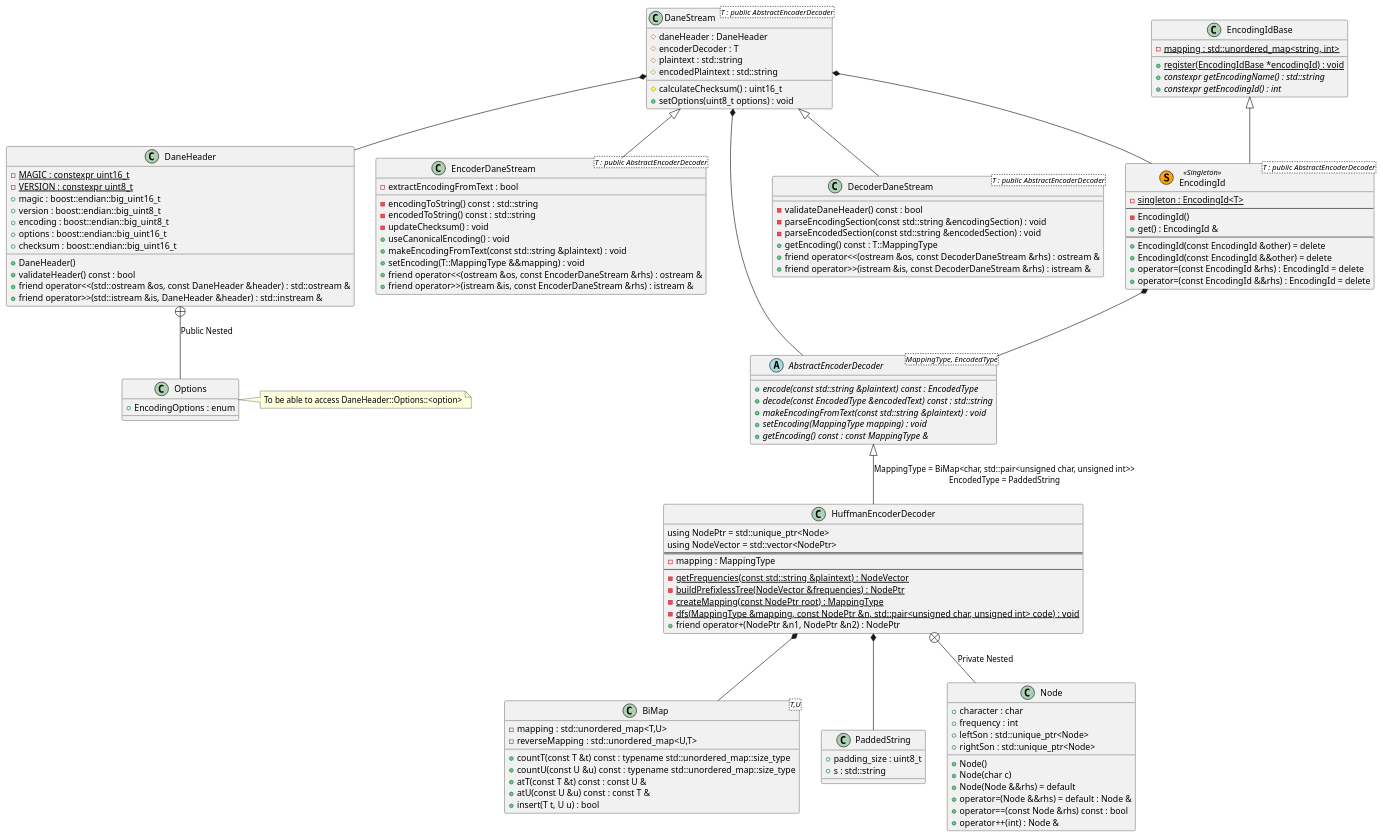
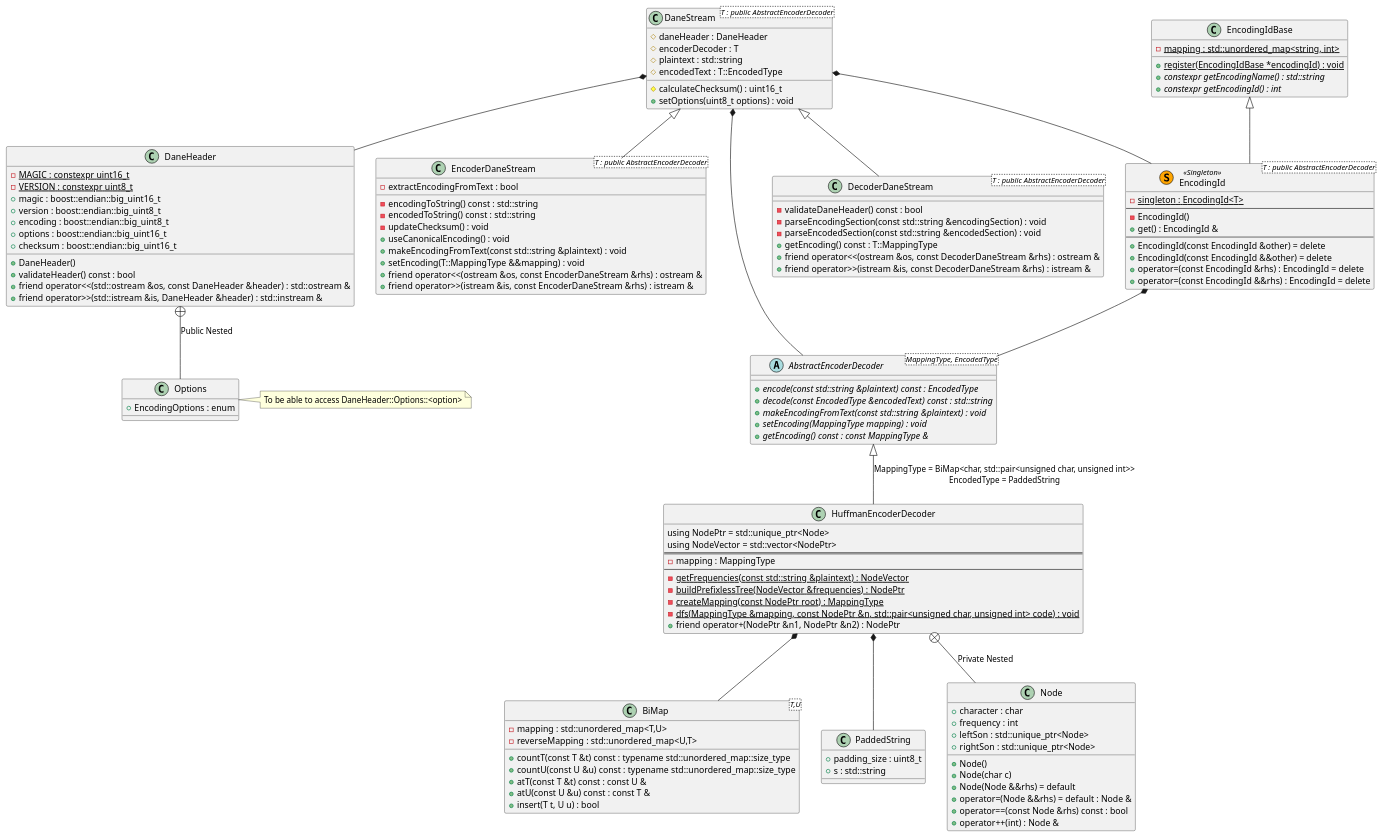
The diagram in docs/design.puml (dan1994/cpp--dane), drawn with PlantUML before and after one commit. The commit also changed 1 other file, not shown here.

```diff
--- a/docs/design.puml
+++ b/docs/design.puml
@@ -1,134 +1,134 @@
 @startuml dane
 class BiMap<T,U> {
 	- {field}	mapping : std::unordered_map<T,U>
 	- {field}	reverseMapping : std::unordered_map<U,T>
 	+ {method}	countT(const T &t) const : typename std::unordered_map::size_type
 	+ {method}	countU(const U &u) const : typename std::unordered_map::size_type
 	+ {method}	atT(const T &t) const : const U &
 	+ {method}	atU(const U &u) const : const T &
 	+ {method}	insert(T t, U u) : bool
 }
 
 class PaddedString {
 	+ {field}	padding_size : uint8_t
 	+ {field}	s : std::string
 }
 
 abstract class AbstractEncoderDecoder<MappingType, EncodedType> {
 	+ {method}	{abstract} encode(const std::string &plaintext) const : EncodedType
 	+ {method}	{abstract} decode(const EncodedType &encodedText) const : std::string
 	+ {method}	{abstract} makeEncodingFromText(const std::string &plaintext) : void
 	+ {method}	{abstract} setEncoding(MappingType mapping) : void
 	+ {method}	{abstract} getEncoding() const : const MappingType &
 }
 
 AbstractEncoderDecoder <|-- HuffmanEncoderDecoder : \
 MappingType = BiMap<char, std::pair<unsigned char, unsigned int>>\n\
 EncodedType = PaddedString
 HuffmanEncoderDecoder *-- BiMap
 HuffmanEncoderDecoder *-- PaddedString
 HuffmanEncoderDecoder +-- Node : "Private Nested"
 class HuffmanEncoderDecoder {
 	using NodePtr = std::unique_ptr<Node>
 	using NodeVector = std::vector<NodePtr>
 	==
 	- {field}	mapping : MappingType
 	--
 	- {method}	{static} getFrequencies(const std::string &plaintext) : NodeVector
 	- {method}	{static} buildPrefixlessTree(NodeVector &frequencies) : NodePtr
 	- {method}	{static} createMapping(const NodePtr root) : MappingType
 	- {method}	{static} dfs(MappingType &mapping, const NodePtr &n, \
 std::pair<unsigned char, unsigned int> code) : void
 	+ {method}	friend operator+(NodePtr &n1, NodePtr &n2) : NodePtr
 }
 
 class Node {
 	+ {field}	character : char
 	+ {field}	frequency : int
 	+ {field}	leftSon : std::unique_ptr<Node>
 	+ {field}	rightSon : std::unique_ptr<Node>
 	+ {method}	Node()
 	+ {method}	Node(char c)
 	+ {method}	Node(Node &&rhs) = default
 	+ {method}	operator=(Node &&rhs) = default : Node &
 	+ {method}	operator==(const Node &rhs) const : bool
 	+ {method}	operator++(int) : Node &
 }
 
 DaneStream *-- DaneHeader
 class DaneHeader {
 	- {field}	{static} MAGIC : constexpr uint16_t
 	- {field}	{static} VERSION : constexpr uint8_t
 	+ {field}	magic : boost::endian::big_uint16_t
 	+ {field}	version : boost::endian::big_uint8_t
 	+ {field}	encoding : boost::endian::big_uint8_t
 	+ {field}	options : boost::endian::big_uint16_t
 	+ {field}	checksum : boost::endian::big_uint16_t
 	+ {method}	DaneHeader()
 	+ {method}	validateHeader() const : bool
 	+ {method}	friend operator<<(std::ostream &os, const DaneHeader &header) : std::ostream &
 	+ {method}	friend operator>>(std::istream &is, DaneHeader &header) : std::instream &
 }
 
 DaneHeader +-- Options : Public Nested
 note right of Options : To be able to access DaneHeader::Options::<option>
 class Options {
 	+ {field}	EncodingOptions : enum
 }
 
 DaneStream *-- AbstractEncoderDecoder
 DaneStream *-- EncodingId
 class DaneStream<T : public AbstractEncoderDecoder> {
 	# {field}	daneHeader : DaneHeader
 	# {field}	encoderDecoder : T
 	# {field}	plaintext : std::string
-	# {field}	encodedPlaintext : std::string
+	# {field}	encodedText : T::EncodedType
 	# {method}	calculateChecksum() : uint16_t
 	+ {method}	setOptions(uint8_t options) : void
 }
 
 DaneStream <|-- EncoderDaneStream
 class EncoderDaneStream<T : public AbstractEncoderDecoder> {
 	- {field}	extractEncodingFromText : bool
 	- {method}	encodingToString() const : std::string
 	- {method}	encodedToString() const : std::string
 	- {method}	updateChecksum() : void
 	+ {method}	useCanonicalEncoding() : void
 	+ {method}	makeEncodingFromText(const std::string &plaintext) : void
 	+ {method}	setEncoding(T::MappingType &&mapping) : void
 	+ {method}	friend operator<<(ostream &os, const EncoderDaneStream &rhs) : ostream &
 	+ {method}	friend operator>>(istream &is, const EncoderDaneStream &rhs) : istream &
 }
 
 DaneStream <|-- DecoderDaneStream
 class DecoderDaneStream<T : public AbstractEncoderDecoder> {
 	- {method}	validateDaneHeader() const : bool
 	- {method}	parseEncodingSection(const std::string &encodingSection) : void
 	- {method}	parseEncodedSection(const std::string &encodedSection) : void
 	+ {method}	getEncoding() const : T::MappingType
 	+ {method}	friend operator<<(ostream &os, const DecoderDaneStream &rhs) : ostream &
 	+ {method}	friend operator>>(istream &is, const DecoderDaneStream &rhs) : istream &
 }
 
 class EncodingIdBase {
 	- {field}	{static} mapping : std::unordered_map<string, int>
 	+ {method}	{static} register(EncodingIdBase *encodingId) : void
 	+ {method}	{abstract} constexpr getEncodingName() : std::string
 	+ {method}	{abstract} constexpr getEncodingId() : int
 }
 
 EncodingIdBase <|-- EncodingId
 EncodingId *-- AbstractEncoderDecoder
 class EncodingId<T : public AbstractEncoderDecoder> << (S,Orange) Singleton >> {
 	- {field}	{static} singleton : EncodingId<T>
 	--
 	- {method}	EncodingId()
 	+ {method}	get() : EncodingId &
 	--
 	+ {method}	EncodingId(const EncodingId &other) = delete
 	+ {method}	EncodingId(const EncodingId &&other) = delete
 	+ {method}	operator=(const EncodingId &rhs) : EncodingId = delete
 	+ {method}	operator=(const EncodingId &&rhs) : EncodingId = delete
 }
 
 @enduml
```
